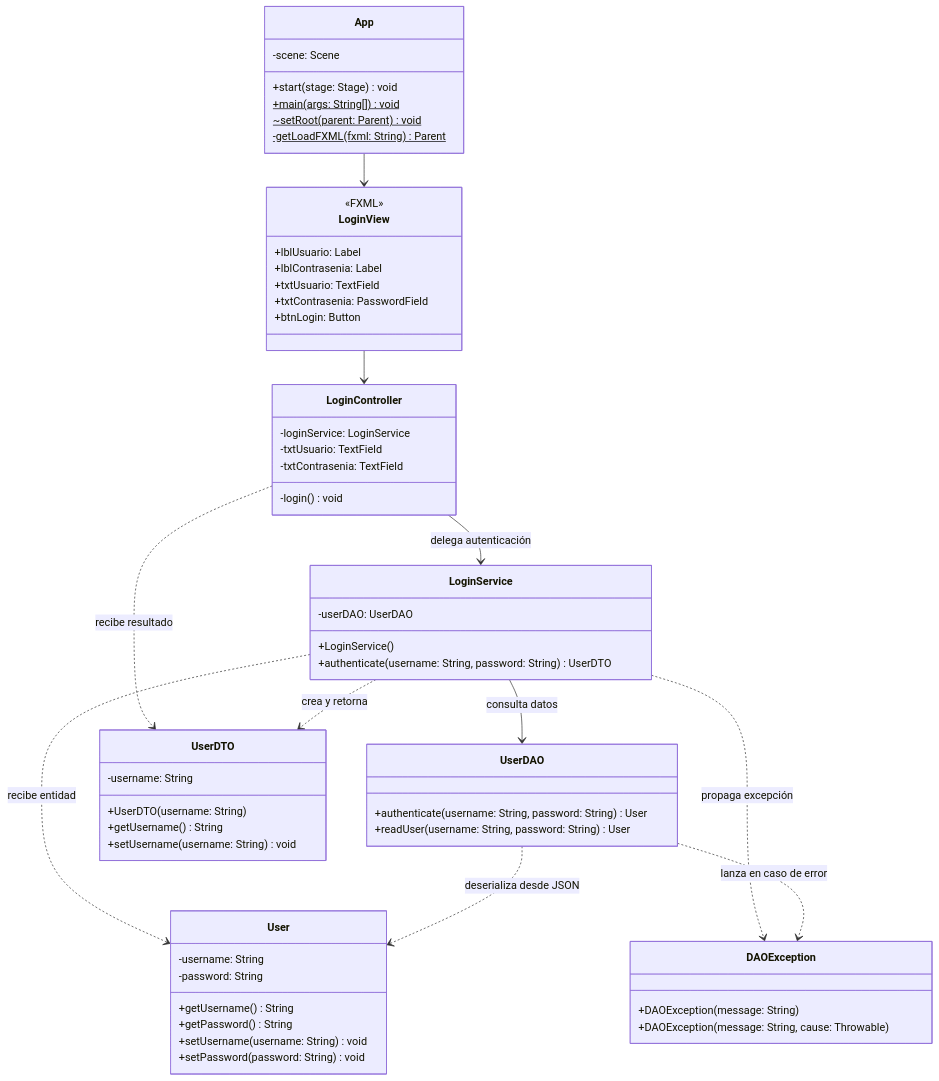
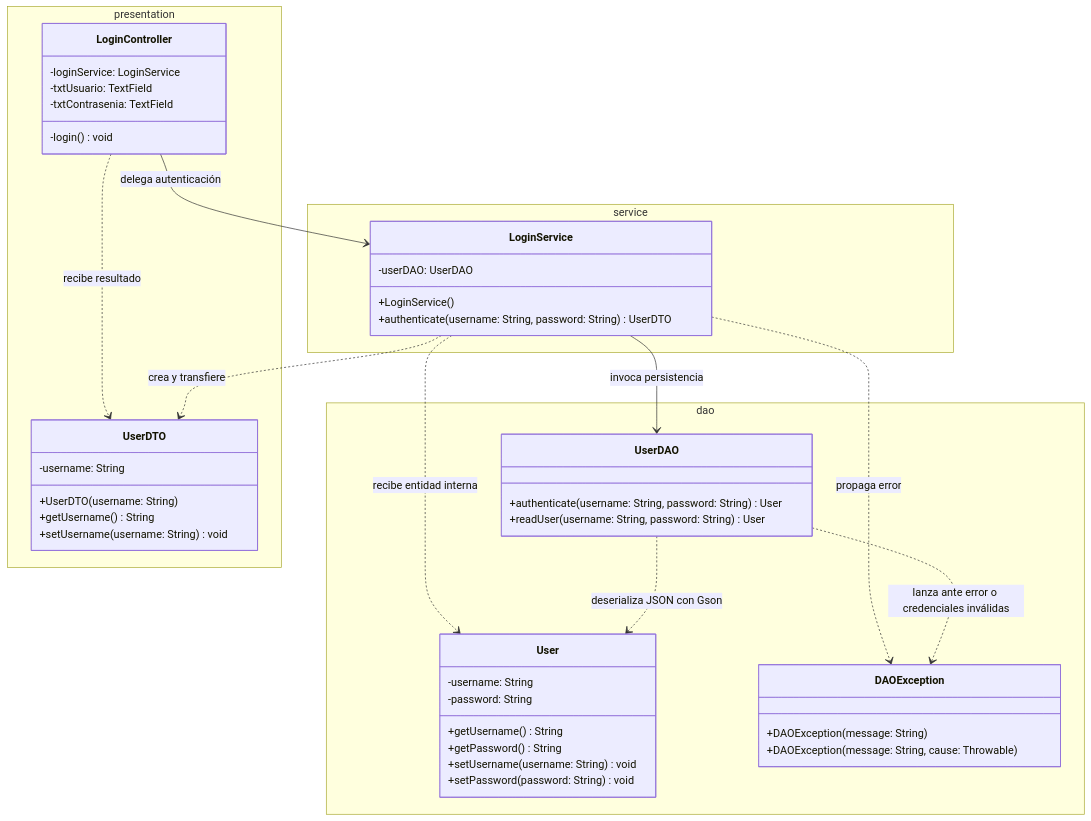
Before and after one commit to elprofecarreno/poo-javafx: the second of 3 diagrams in 04/README.md, drawn with Mermaid. The commit also changed other lines of this file and 35 other files, not shown here.

````diff
--- a/04/README.md
+++ b/04/README.md
@@ -20,69 +85,53 @@
 ```mermaid
 classDiagram
-    class App {
-        -scene: Scene
-        +start(stage: Stage) void
-        +main(args: String[])$ void
-        ~setRoot(parent: Parent)$ void
-        -getLoadFXML(fxml: String)$ Parent
+    namespace presentation {
+        class LoginController {
+            -loginService: LoginService
+            -txtUsuario: TextField
+            -txtContrasenia: TextField
+            -login() void
+        }
+        class UserDTO {
+            -username: String
+            +UserDTO(username: String)
+            +getUsername() String
+            +setUsername(username: String) void
+        }
     }
 
-    class LoginView {
-        <<FXML>>
-        +lblUsuario: Label
-        +lblContrasenia: Label
-        +txtUsuario: TextField
-        +txtContrasenia: PasswordField
-        +btnLogin: Button
+    namespace service {
+        class LoginService {
+            -userDAO: UserDAO
+            +LoginService()
+            +authenticate(username: String, password: String) UserDTO
+        }
     }
 
-    class LoginController {
-        -loginService: LoginService
-        -txtUsuario: TextField
-        -txtContrasenia: TextField
-        -login() void
+    namespace dao {
+        class UserDAO {
+            +authenticate(username: String, password: String) User
+            +readUser(username: String, password: String) User
+        }
+        class User {
+            -username: String
+            -password: String
+            +getUsername() String
+            +getPassword() String
+            +setUsername(username: String) void
+            +setPassword(password: String) void
+        }
+        class DAOException {
+            +DAOException(message: String)
+            +DAOException(message: String, cause: Throwable)
+        }
     }
 
-    class LoginService {
-        -userDAO: UserDAO
-        +LoginService()
-        +authenticate(username: String, password: String) UserDTO
-    }
-
-    class UserDAO {
-        +authenticate(username: String, password: String) User
-        +readUser(username: String, password: String) User
-    }
-
-    class User {
-        -username: String
-        -password: String
-        +getUsername() String
-        +getPassword() String
-        +setUsername(username: String) void
-        +setPassword(password: String) void
-    }
-
-    class UserDTO {
-        -username: String
-        +UserDTO(username: String)
-        +getUsername() String
-        +setUsername(username: String) void
-    }
-
-    class DAOException {
-        +DAOException(message: String)
-        +DAOException(message: String, cause: Throwable)
-    }
-
-    App --> LoginView
-    LoginView --> LoginController
     LoginController --> LoginService : delega autenticación
     LoginController ..> UserDTO : recibe resultado
-    LoginService --> UserDAO : consulta datos
-    LoginService ..> User : recibe entidad
-    LoginService ..> UserDTO : crea y retorna
-    LoginService ..> DAOException : propaga excepción
-    UserDAO ..> User : deserializa desde JSON
-    UserDAO ..> DAOException : lanza en caso de error
+    LoginService --> UserDAO : invoca persistencia
+    LoginService ..> User : recibe entidad interna
+    LoginService ..> UserDTO : crea y transfiere
+    LoginService ..> DAOException : propaga error
+    UserDAO ..> User : deserializa JSON con Gson
+    UserDAO ..> DAOException : lanza ante error o credenciales inválidas
 ```
````
